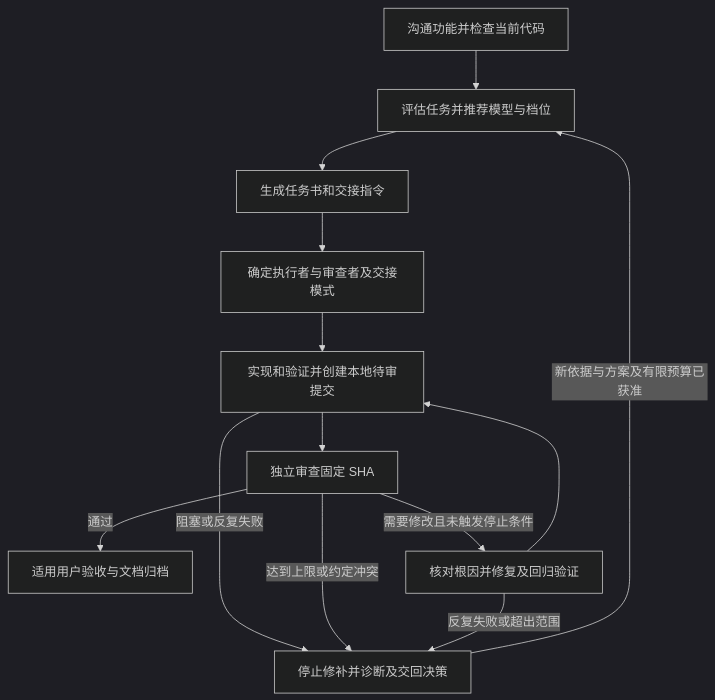
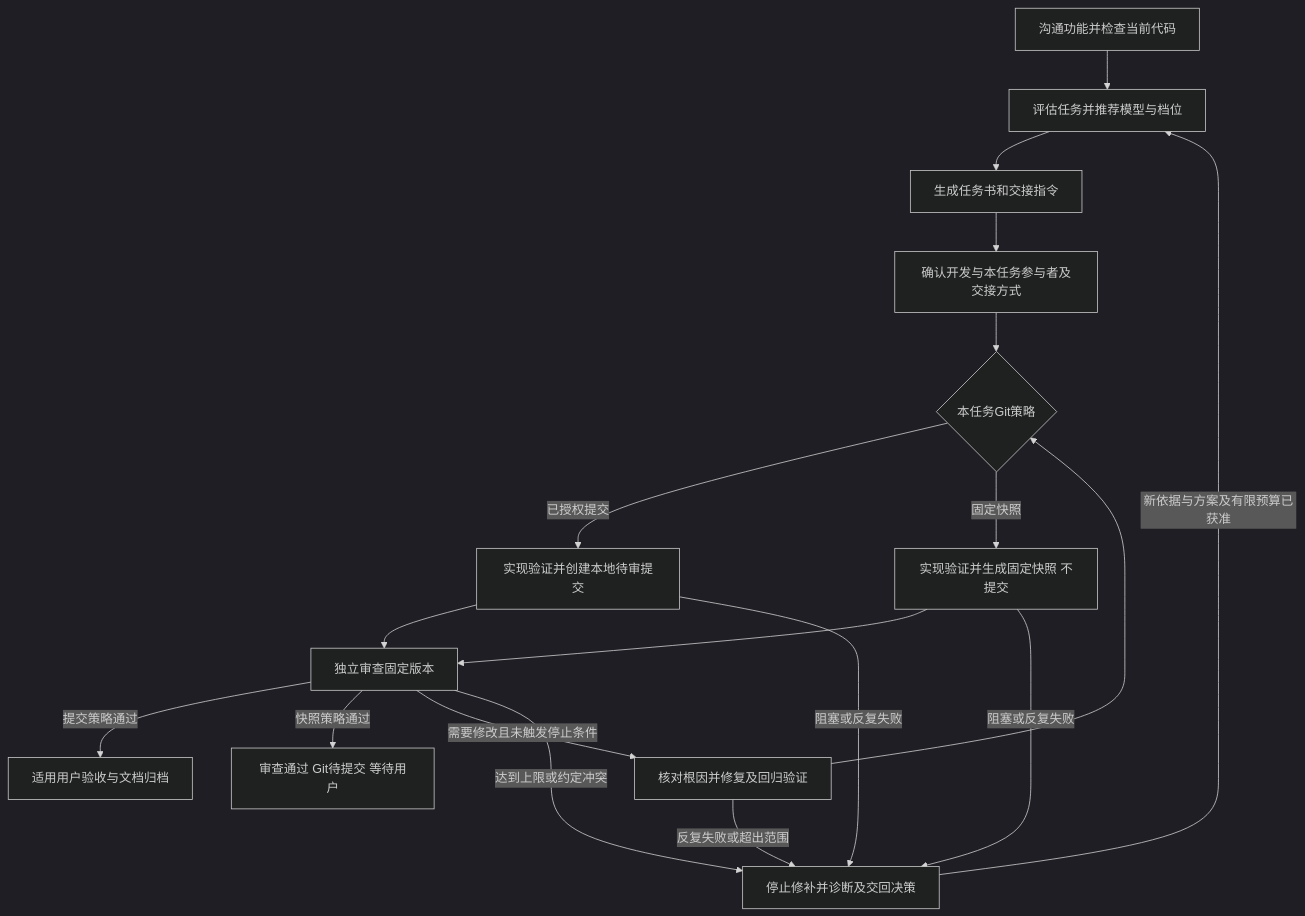
The diagram in docs/Task-Workflow.md (tianyuanqi/TheWolf), drawn with Mermaid (dark theme) before and after one commit. The commit also changed other lines of this file and 1 other file, not shown here.

````diff
--- a/docs/Task-Workflow.md
+++ b/docs/Task-Workflow.md
@@ -9,15 +15,20 @@
 ```mermaid
 flowchart TD
     A[沟通功能并检查当前代码] --> B[评估任务并推荐模型与档位]
     B --> C[生成任务书和交接指令]
-    C --> D[确定执行者与审查者及交接模式]
-    D --> E[实现和验证并创建本地待审提交]
-    E --> F[独立审查固定 SHA]
-    F -->|通过| G[适用用户验收与文档归档]
+    C --> D[确认开发与本任务参与者及交接方式]
+    D --> M{本任务Git策略}
+    M -->|已授权提交| E[实现验证并创建本地待审提交]
+    M -->|固定快照| S[实现验证并生成固定快照 不提交]
+    E --> F[独立审查固定版本]
+    S --> F
+    F -->|提交策略通过| G[适用用户验收与文档归档]
+    F -->|快照策略通过| J[审查通过 Git待提交 等待用户]
     F -->|需要修改且未触发停止条件| H[核对根因并修复及回归验证]
-    H --> E
+    H --> M
+    S -->|阻塞或反复失败| I
     E -->|阻塞或反复失败| I[停止修补并诊断及交回决策]
     F -->|达到上限或约定冲突| I
     H -->|反复失败或超出范围| I
     I -->|新依据与方案及有限预算已获准| B
 ```
````
